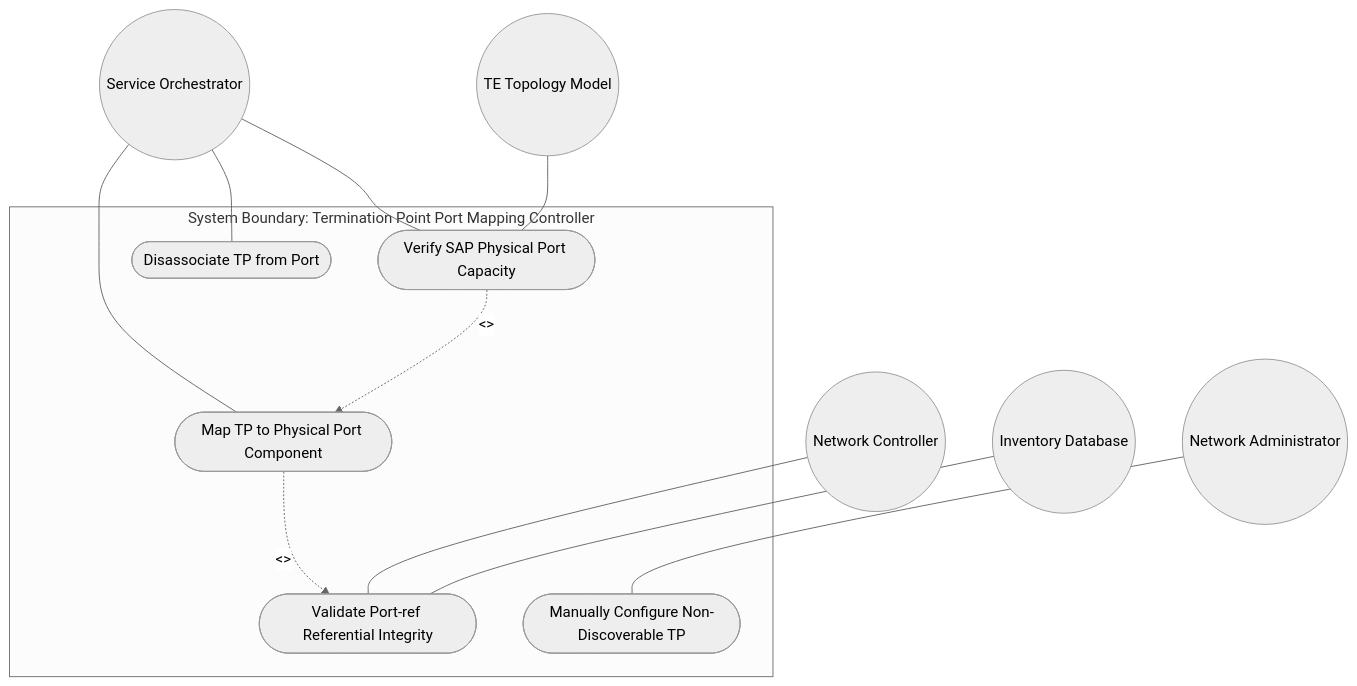
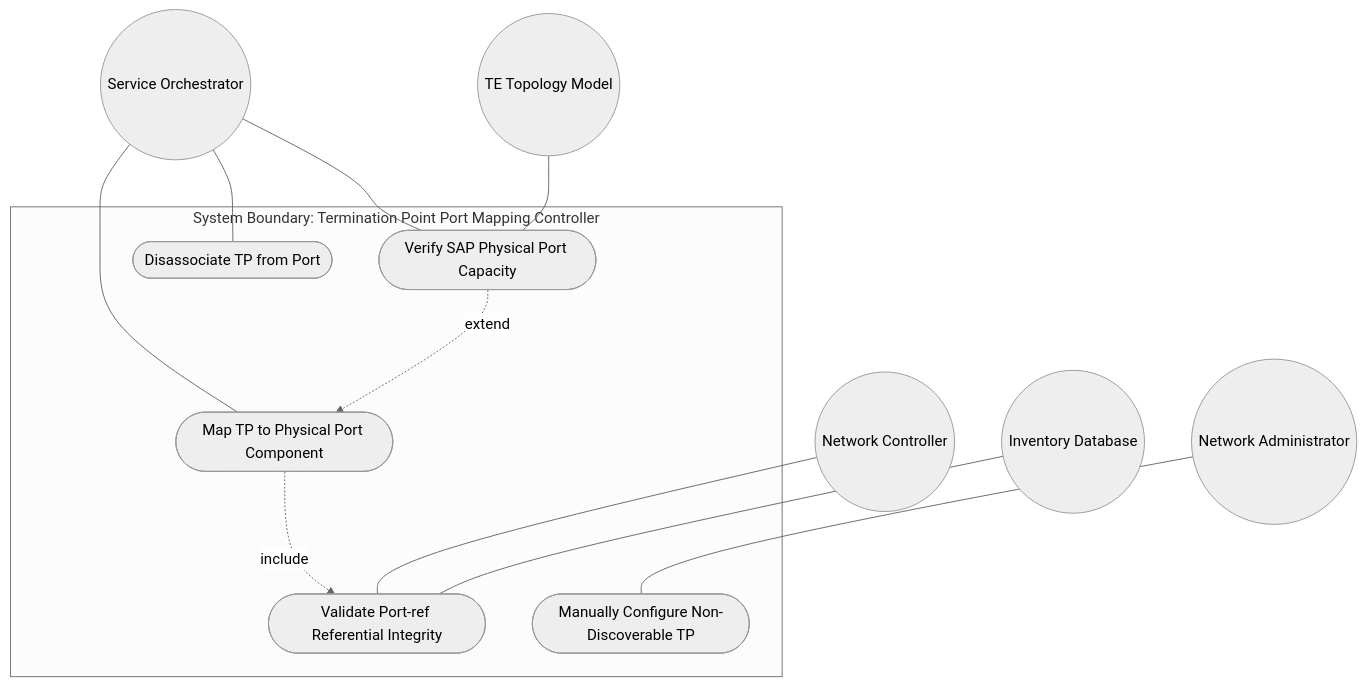
One commit to gintatkinson/3dgs-030 changed the first of 2 diagrams in docs/use-cases/uc-17-map-termination-point-to-physical-port.md. Above: the diagram before and after it, drawn with Mermaid (neutral theme). The commit also changed 17 other files, not shown here.

Commit message:
docs: fix Mermaid UML rendering in all 18 use cases -- remove <<include>>/<<extend>> angle brackets causing GitHub renderer failure

````diff
--- a/docs/use-cases/uc-17-map-termination-point-to-physical-port.md
+++ b/docs/use-cases/uc-17-map-termination-point-to-physical-port.md
@@ -98,19 +98,19 @@
 ```mermaid
 graph TD
     subgraph "System Boundary: Termination Point Port Mapping Controller"
         UC_Map([Map TP to Physical Port Component])
         UC_Validate([Validate Port-ref Referential Integrity])
         UC_Capacity([Verify SAP Physical Port Capacity])
         UC_Manual([Manually Configure Non-Discoverable TP])
         UC_Remove([Disassociate TP from Port])
     end
     Orchestrator((Service Orchestrator)) --- UC_Map
     Orchestrator --- UC_Capacity
     Orchestrator --- UC_Remove
     Admin((Network Administrator)) --- UC_Manual
-    UC_Map -. "<<include>>" .-> UC_Validate
-    UC_Capacity -. "<<extend>>" .-> UC_Map
+    UC_Map -. "include" .-> UC_Validate
+    UC_Capacity -. "extend" .-> UC_Map
     NwController((Network Controller)) --- UC_Validate
     InvDb((Inventory Database)) --- UC_Validate
     TeTopo((TE Topology Model)) --- UC_Capacity
 ```
````
